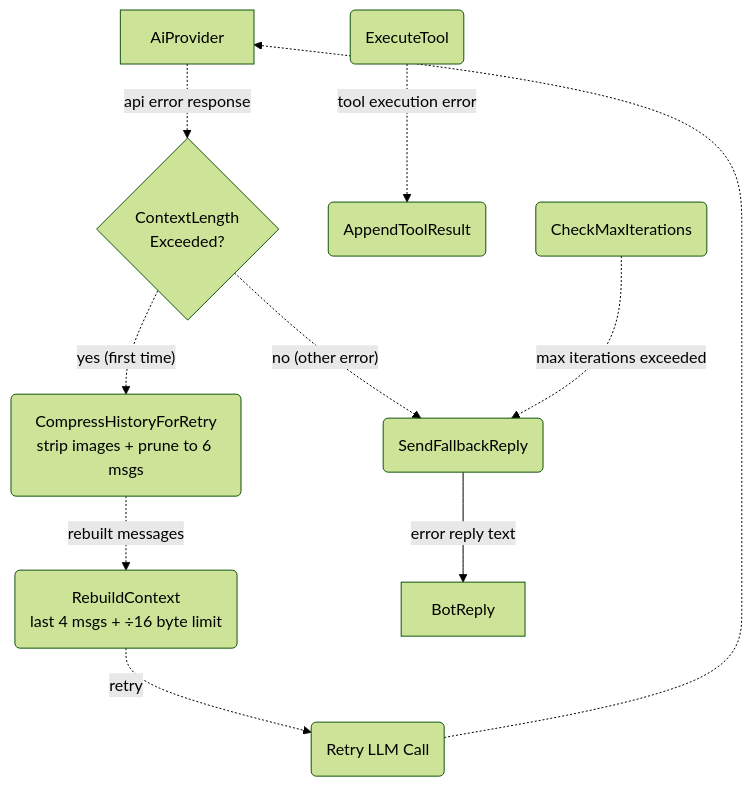
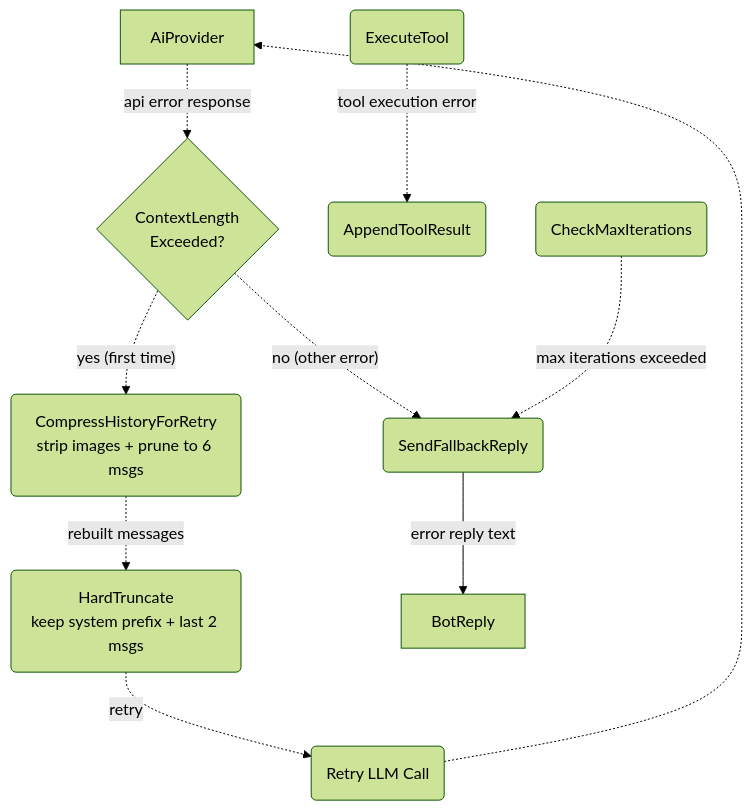
Before and after one commit to cosmoswafer/rockbot: the second of 12 diagrams in _dfds/agent-harness.md, drawn with Mermaid (forest theme). The commit also changed 8 other files, not shown here.

````diff
--- a/_dfds/agent-harness.md
+++ b/_dfds/agent-harness.md
@@ -74,23 +74,23 @@
 ```mermaid
 flowchart TD
     AI[AiProvider]
     TOOL_EXEC(ExecuteTool)
     LOOP_LIMIT(CheckMaxIterations)
     APPEND(AppendToolResult)
     FALLBACK(SendFallbackReply)
     COMPRESS{ContextLength<br/>Exceeded?}
     STRIP(CompressHistoryForRetry<br/>strip images + prune to 6 msgs)
-    REBUILD(RebuildContext<br/>last 4 msgs + ÷16 byte limit)
+    REBUILD(HardTruncate<br/>keep system prefix + last 2 msgs)
     RETRY(Retry LLM Call)
     REPLY[BotReply]
 
     AI -.->|"api error response"| COMPRESS
     COMPRESS -.->|"yes (first time)"| STRIP
     COMPRESS -.->|"no (other error)"| FALLBACK
     STRIP -.->|"rebuilt messages"| REBUILD
     REBUILD -.->|"retry"| RETRY
     RETRY -.-> AI
     TOOL_EXEC -.->|"tool execution error"| APPEND
     LOOP_LIMIT -.->|"max iterations exceeded"| FALLBACK
     FALLBACK -->|"error reply text"| REPLY
 ```
````
